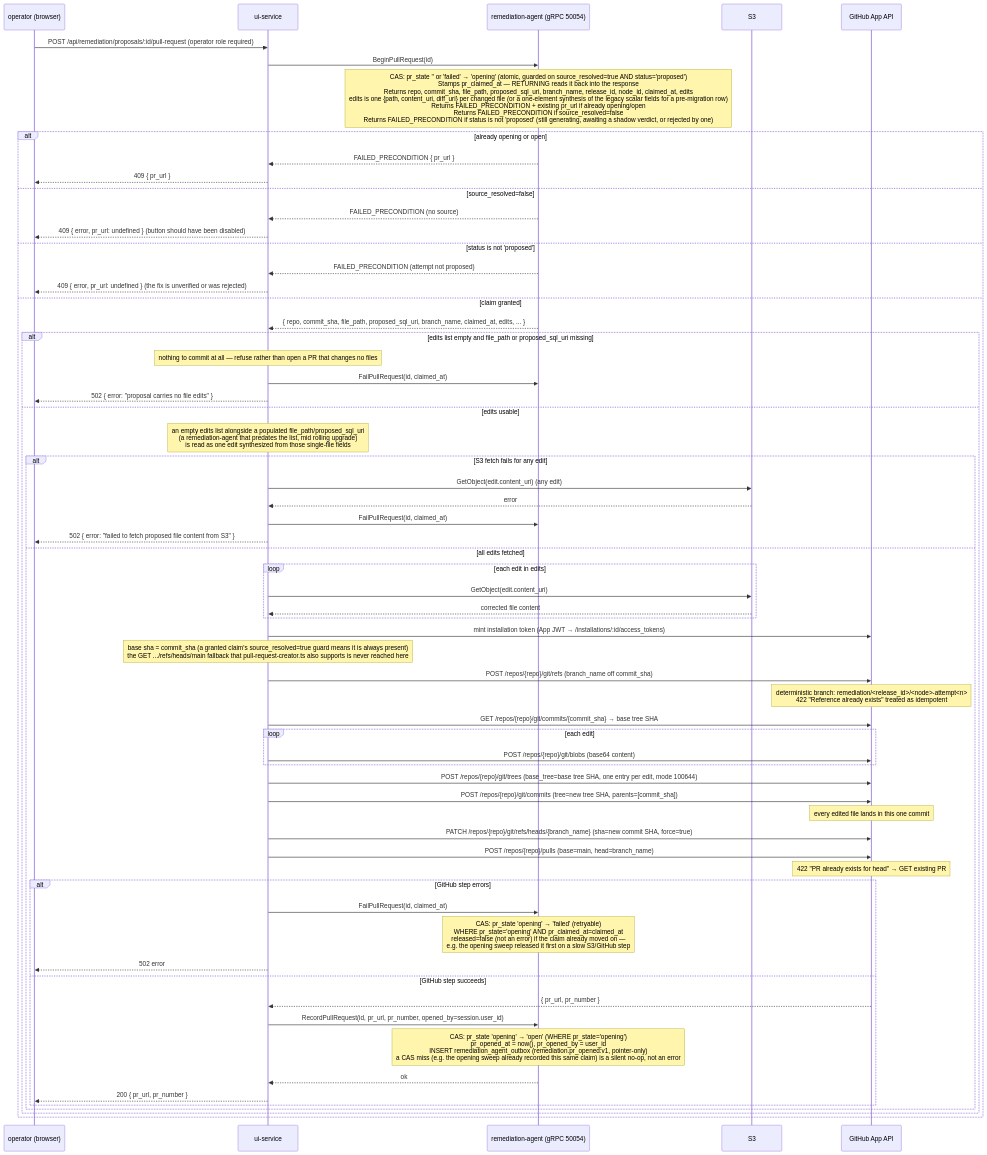
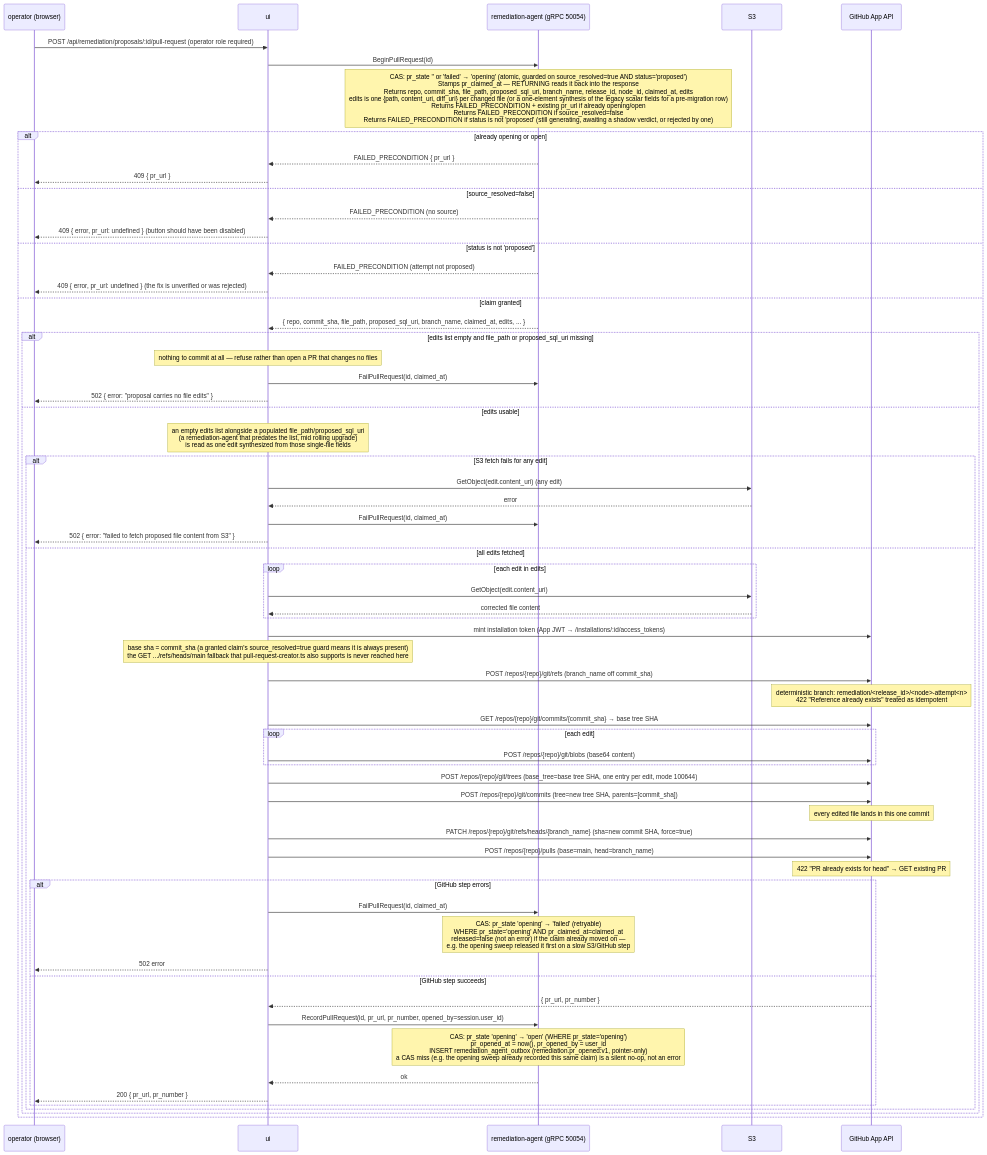
Diagram 13 of 15 in docs/arch/03-sequence-flows.md (carolsimone/continuo), drawn with Mermaid before and after one commit. The commit also changed other lines of this file and 230 other files, not shown here.

````diff
--- a/docs/arch/03-sequence-flows.md
+++ b/docs/arch/03-sequence-flows.md
@@ -632,71 +632,71 @@
 ```mermaid
 sequenceDiagram
   participant OP as operator (browser)
-  participant UI as ui-service
+  participant UI as ui
   participant RA as remediation-agent (gRPC 50054)
   participant S3 as S3
   participant GH as GitHub App API
 
   OP->>UI: POST /api/remediation/proposals/:id/pull-request (operator role required)
   UI->>RA: BeginPullRequest(id)
   Note over RA: CAS: pr_state '' or 'failed' → 'opening' (atomic, guarded on source_resolved=true AND status='proposed')<br/>Stamps pr_claimed_at — RETURNING reads it back into the response<br/>Returns repo, commit_sha, file_path, proposed_sql_uri, branch_name, release_id, node_id, claimed_at, edits<br/>edits is one {path, content_uri, diff_uri} per changed file (or a one-element synthesis of the legacy scalar fields for a pre-migration row)<br/>Returns FAILED_PRECONDITION + existing pr_url if already opening/open<br/>Returns FAILED_PRECONDITION if source_resolved=false<br/>Returns FAILED_PRECONDITION if status is not 'proposed' (still generating, awaiting a shadow verdict, or rejected by one)
 
   alt already opening or open
     RA-->>UI: FAILED_PRECONDITION { pr_url }
     UI-->>OP: 409 { pr_url }
   else source_resolved=false
     RA-->>UI: FAILED_PRECONDITION (no source)
     UI-->>OP: 409 { error, pr_url: undefined } (button should have been disabled)
   else status is not 'proposed'
     RA-->>UI: FAILED_PRECONDITION (attempt not proposed)
     UI-->>OP: 409 { error, pr_url: undefined } (the fix is unverified or was rejected)
   else claim granted
     RA-->>UI: { repo, commit_sha, file_path, proposed_sql_uri, branch_name, claimed_at, edits, ... }
 
     alt edits list empty and file_path or proposed_sql_uri missing
       Note over UI: nothing to commit at all — refuse rather than open a PR that changes no files
       UI->>RA: FailPullRequest(id, claimed_at)
       UI-->>OP: 502 { error: "proposal carries no file edits" }
     else edits usable
       Note over UI: an empty edits list alongside a populated file_path/proposed_sql_uri<br/>(a remediation-agent that predates the list, mid rolling upgrade)<br/>is read as one edit synthesized from those single-file fields
       alt S3 fetch fails for any edit
         UI->>S3: GetObject(edit.content_uri) (any edit)
         S3-->>UI: error
         UI->>RA: FailPullRequest(id, claimed_at)
         UI-->>OP: 502 { error: "failed to fetch proposed file content from S3" }
       else all edits fetched
         loop each edit in edits
           UI->>S3: GetObject(edit.content_uri)
           S3-->>UI: corrected file content
         end
 
         UI->>GH: mint installation token (App JWT → /installations/:id/access_tokens)
         Note over UI: base sha = commit_sha (a granted claim's source_resolved=true guard means it is always present)<br/>the GET .../refs/heads/main fallback that pull-request-creator.ts also supports is never reached here
         UI->>GH: POST /repos/{repo}/git/refs (branch_name off commit_sha)
         Note over GH: deterministic branch: remediation/<release_id>/<node>-attempt<n><br/>422 "Reference already exists" treated as idempotent
         UI->>GH: GET /repos/{repo}/git/commits/{commit_sha} → base tree SHA
         loop each edit
           UI->>GH: POST /repos/{repo}/git/blobs (base64 content)
         end
         UI->>GH: POST /repos/{repo}/git/trees (base_tree=base tree SHA, one entry per edit, mode 100644)
         UI->>GH: POST /repos/{repo}/git/commits (tree=new tree SHA, parents=[commit_sha])
         Note over GH: every edited file lands in this one commit
         UI->>GH: PATCH /repos/{repo}/git/refs/heads/{branch_name} (sha=new commit SHA, force=true)
         UI->>GH: POST /repos/{repo}/pulls (base=main, head=branch_name)
         Note over GH: 422 "PR already exists for head" → GET existing PR
 
         alt GitHub step errors
           UI->>RA: FailPullRequest(id, claimed_at)
           Note over RA: CAS: pr_state 'opening' → 'failed' (retryable)<br/>WHERE pr_state='opening' AND pr_claimed_at=claimed_at<br/>released=false (not an error) if the claim already moved on —<br/>e.g. the opening sweep released it first on a slow S3/GitHub step
           UI-->>OP: 502 error
         else GitHub step succeeds
           GH-->>UI: { pr_url, pr_number }
           UI->>RA: RecordPullRequest(id, pr_url, pr_number, opened_by=session.user_id)
           Note over RA: CAS: pr_state 'opening' → 'open' (WHERE pr_state='opening')<br/>pr_opened_at = now(), pr_opened_by = user_id<br/>INSERT remediation_agent_outbox (remediation.pr_opened:v1, pointer-only)<br/>a CAS miss (e.g. the opening sweep already recorded this same claim) is a silent no-op, not an error
           RA-->>UI: ok
           UI-->>OP: 200 { pr_url, pr_number }
         end
       end
     end
   end
 ```
````
